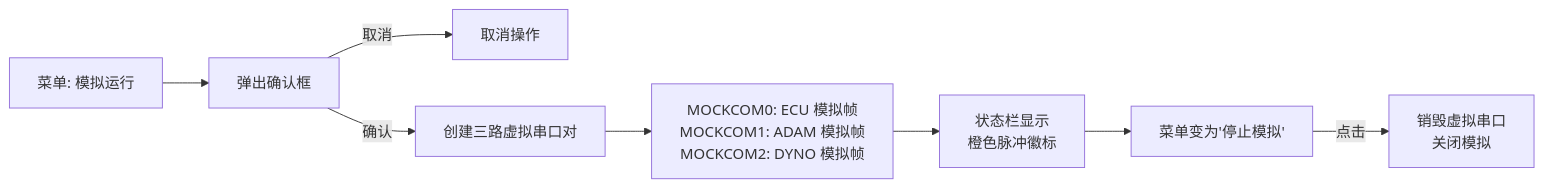
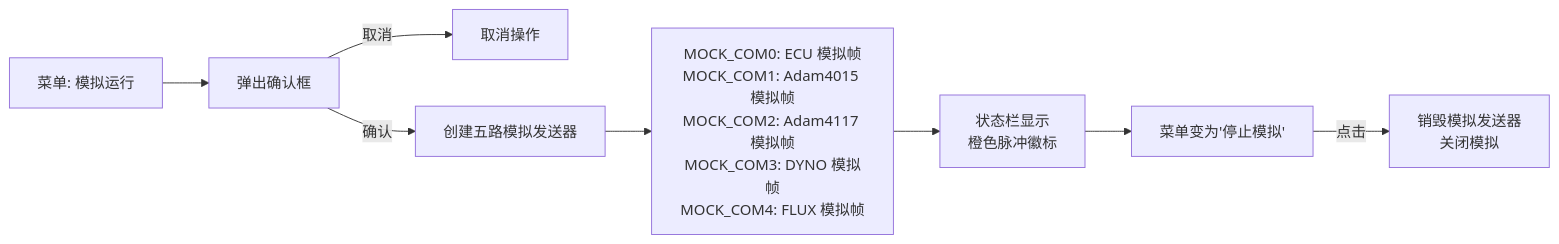
One commit to 3123958139/RustWeb-Vue changed the seventh of 9 diagrams in src/fj200c_main/help_doc.md. Above: the diagram before and after it, drawn with Mermaid. The commit also changed other lines of this file and 20 other files, not shown here.

````diff
--- a/src/fj200c_main/help_doc.md
+++ b/src/fj200c_main/help_doc.md
@@ -343,10 +349,10 @@
 ```mermaid
 flowchart LR
     A["菜单: 模拟运行"] --> B["弹出确认框"]
     B -->|取消| C["取消操作"]
-    B -->|确认| D["创建三路虚拟串口对"]
-    D --> E["MOCKCOM0: ECU 模拟帧<br/>MOCKCOM1: ADAM 模拟帧<br/>MOCKCOM2: DYNO 模拟帧"]
+    B -->|确认| D["创建五路模拟发送器"]
+    D --> E["MOCK_COM0: ECU 模拟帧<br/>MOCK_COM1: Adam4015 模拟帧<br/>MOCK_COM2: Adam4117 模拟帧<br/>MOCK_COM3: DYNO 模拟帧<br/>MOCK_COM4: FLUX 模拟帧"]
     E --> F["状态栏显示<br/>橙色脉冲徽标"]
     F --> G["菜单变为'停止模拟'"]
-    G -->|点击| H["销毁虚拟串口<br/>关闭模拟"]
+    G -->|点击| H["销毁模拟发送器<br/>关闭模拟"]
 ```
````
